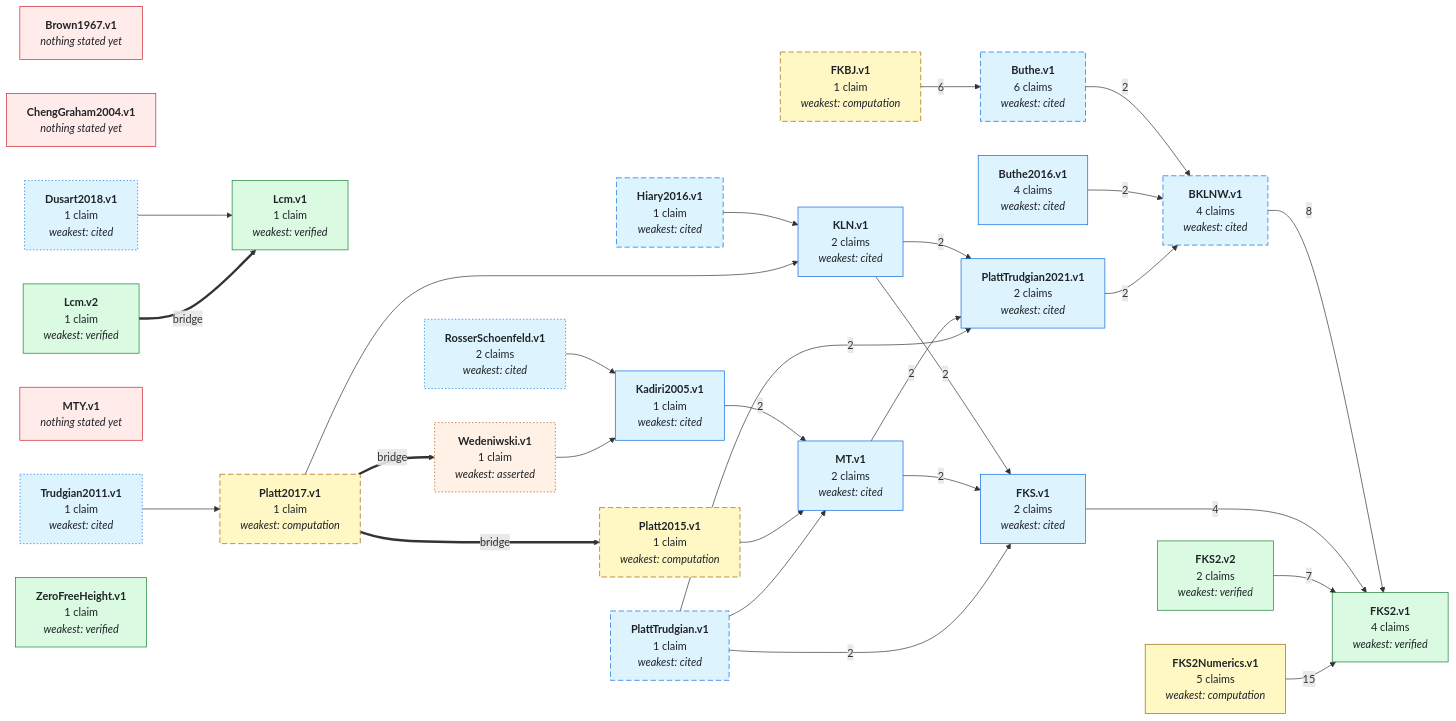
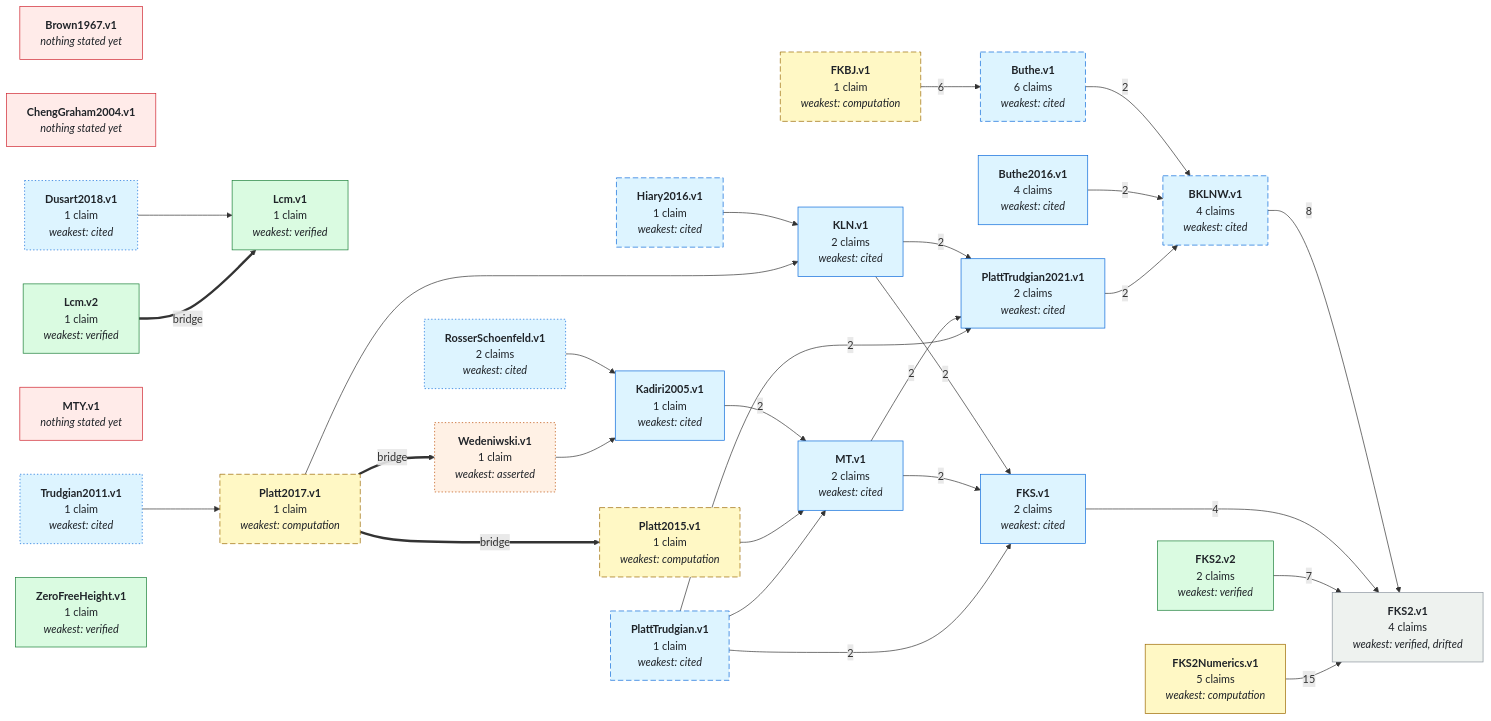
The first of 2 diagrams in GRAPH.md (teorth/IEANTN), drawn with Mermaid before and after one commit. The commit also changed other lines of this file and 6 other files, not shown here.

```diff
--- a/GRAPH.md
+++ b/GRAPH.md
@@ -50,7 +60,7 @@
   NDusart2018_v1["<b>Dusart2018.v1</b><br/>1 claim<br/><i>weakest: cited</i>"]
   NFKBJ_v1["<b>FKBJ.v1</b><br/>1 claim<br/><i>weakest: computation</i>"]
   NFKS_v1["<b>FKS.v1</b><br/>2 claims<br/><i>weakest: cited</i>"]
-  NFKS2_v1["<b>FKS2.v1</b><br/>4 claims<br/><i>weakest: verified</i>"]
+  NFKS2_v1["<b>FKS2.v1</b><br/>4 claims<br/><i>weakest: verified, drifted</i>"]
   NFKS2_v2["<b>FKS2.v2</b><br/>2 claims<br/><i>weakest: verified</i>"]
   NFKS2Numerics_v1["<b>FKS2Numerics.v1</b><br/>5 claims<br/><i>weakest: computation</i>"]
   NHiary2016_v1["<b>Hiary2016.v1</b><br/>1 claim<br/><i>weakest: cited</i>"]
@@ -106,10 +116,11 @@
   style NTrudgian2011_v1 stroke-dasharray: 2 3;
   style NWedeniwski_v1 stroke-dasharray: 2 3;
   class NBrown1967_v1,NChengGraham2004_v1,NMTY_v1 none_yet;
+  class NFKS2_v1 lean_comparator_drifted;
   class NWedeniwski_v1 asserted;
   class NBKLNW_v1,NButhe_v1,NButhe2016_v1,NDusart2018_v1,NFKS_v1,NHiary2016_v1,NKLN_v1,NKadiri2005_v1,NMT_v1,NPlattTrudgian_v1,NPlattTrudgian2021_v1,NRosserSchoenfeld_v1,NTrudgian2011_v1 literature;
   class NFKBJ_v1,NFKS2Numerics_v1,NPlatt2015_v1,NPlatt2017_v1 numerical;
-  class NFKS2_v1,NFKS2_v2,NLcm_v1,NLcm_v2,NZeroFreeHeight_v1 lean_comparator;
+  class NFKS2_v2,NLcm_v1,NLcm_v2,NZeroFreeHeight_v1 lean_comparator;
   click NBKLNW_v1 href "https://github.com/teorth/IEANTN/blob/main/docs/nodes/BKLNW-v1.md" _blank
   click NButhe_v1 href "https://github.com/teorth/IEANTN/blob/main/docs/nodes/Buthe-v1.md" _blank
   click NButhe2016_v1 href "https://github.com/teorth/IEANTN/blob/main/docs/nodes/Buthe2016-v1.md" _blank
@@ -134,6 +145,8 @@
   click NWedeniwski_v1 href "https://github.com/teorth/IEANTN/blob/main/docs/nodes/Wedeniwski-v1.md" _blank
   click NZeroFreeHeight_v1 href "https://github.com/teorth/IEANTN/blob/main/docs/nodes/ZeroFreeHeight-v1.md" _blank
   classDef lean_comparator fill:#dafbe1,stroke:#1a7f37,color:#1f2328;
+  classDef lean_comparator_stale fill:#e9f7ec,stroke:#2da44e,color:#1f2328;
+  classDef lean_comparator_drifted fill:#eef2ef,stroke:#8b949e,color:#1f2328;
   classDef numerical fill:#fff8c5,stroke:#9a6700,color:#1f2328;
   classDef literature fill:#ddf4ff,stroke:#0969da,color:#1f2328;
   classDef asserted fill:#fff1e5,stroke:#bc4c00,color:#1f2328;
```
